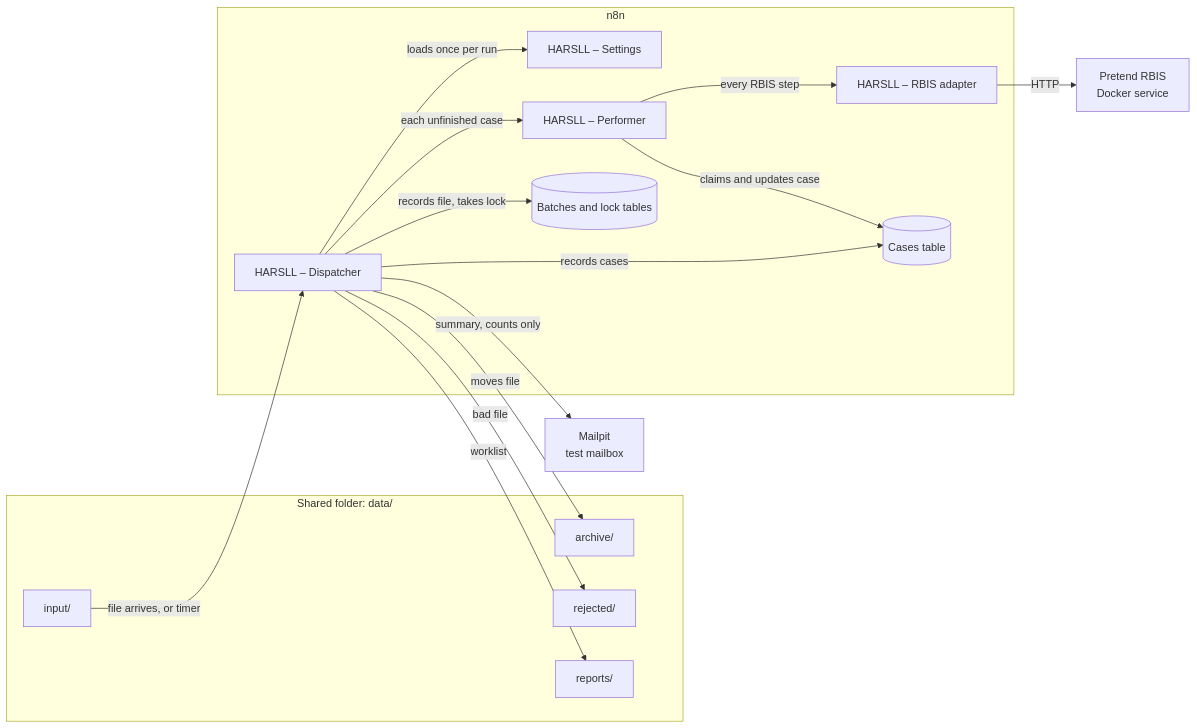
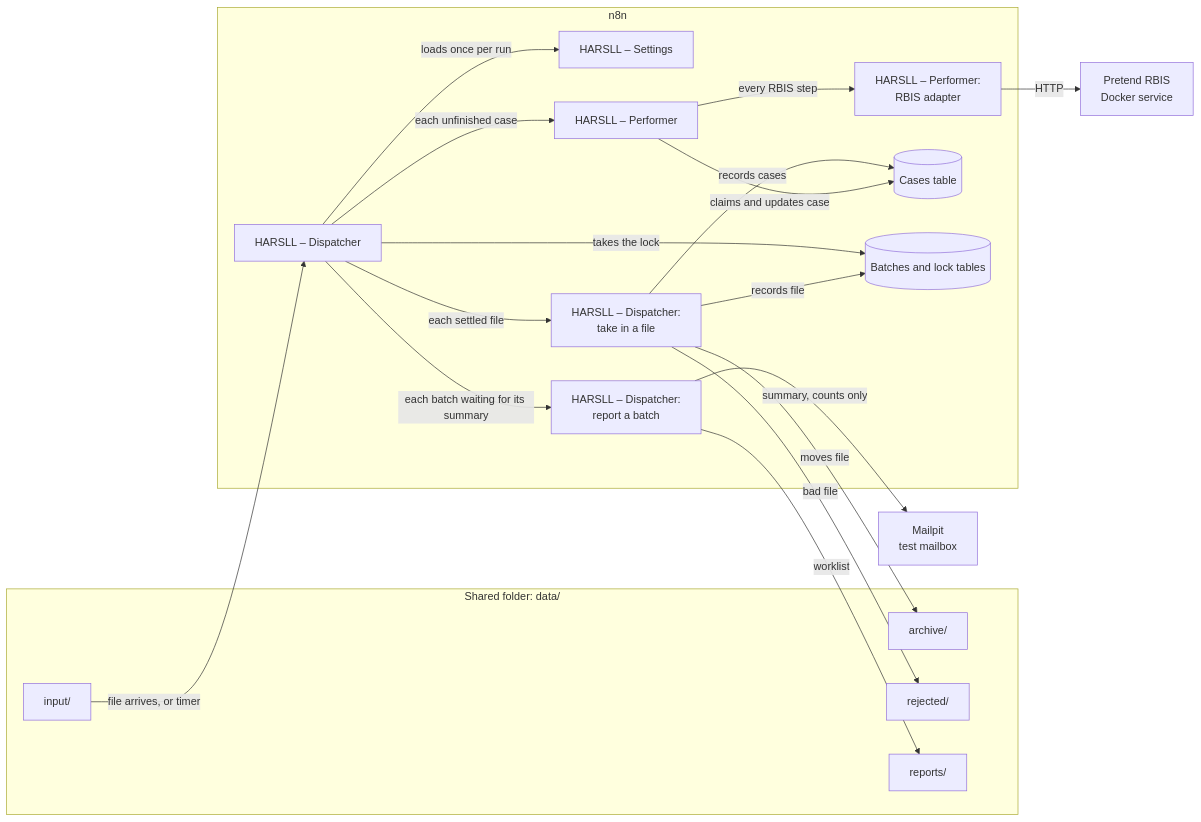
One commit to sgshaji/n8n-builder changed the first of 5 diagrams in docs/design/HARSLL-n8n-design.md. Above: the diagram before and after it, drawn with Mermaid. The commit also changed other lines of this file and 11 other files, not shown here.

First line of the commit message:
Split file intake and batch reporting out of the Dispatcher; name workflows by caller

````diff
--- a/docs/design/HARSLL-n8n-design.md
+++ b/docs/design/HARSLL-n8n-design.md
@@ -118,31 +119,36 @@
 ```mermaid
 flowchart LR
     subgraph Folders["Shared folder: data/"]
         IN[input/]
         AR[archive/]
         RJ[rejected/]
         RP[reports/]
     end
 
     subgraph N8N["n8n"]
         SET[HARSLL – Settings]
         D[HARSLL – Dispatcher]
+        DT[HARSLL – Dispatcher:<br/>take in a file]
+        DR[HARSLL – Dispatcher:<br/>report a batch]
         P[HARSLL – Performer]
-        A[HARSLL – RBIS adapter]
+        A[HARSLL – Performer:<br/>RBIS adapter]
         T[(Cases table)]
         B[(Batches and lock tables)]
     end
 
     IN -->|file arrives, or timer| D
     D -->|loads once per run| SET
-    D -->|records cases| T
-    D -->|records file, takes lock| B
-    D -->|moves file| AR
-    D -->|bad file| RJ
+    D -->|takes the lock| B
+    D -->|each settled file| DT
+    DT -->|records cases| T
+    DT -->|records file| B
+    DT -->|moves file| AR
+    DT -->|bad file| RJ
     D -->|each unfinished case| P
     P -->|claims and updates case| T
     P -->|every RBIS step| A
     A -->|HTTP| R[Pretend RBIS<br/>Docker service]
-    D -->|worklist| RP
-    D -->|summary, counts only| M[Mailpit<br/>test mailbox]
+    D -->|each batch waiting for its summary| DR
+    DR -->|worklist| RP
+    DR -->|summary, counts only| M[Mailpit<br/>test mailbox]
 ```
````
